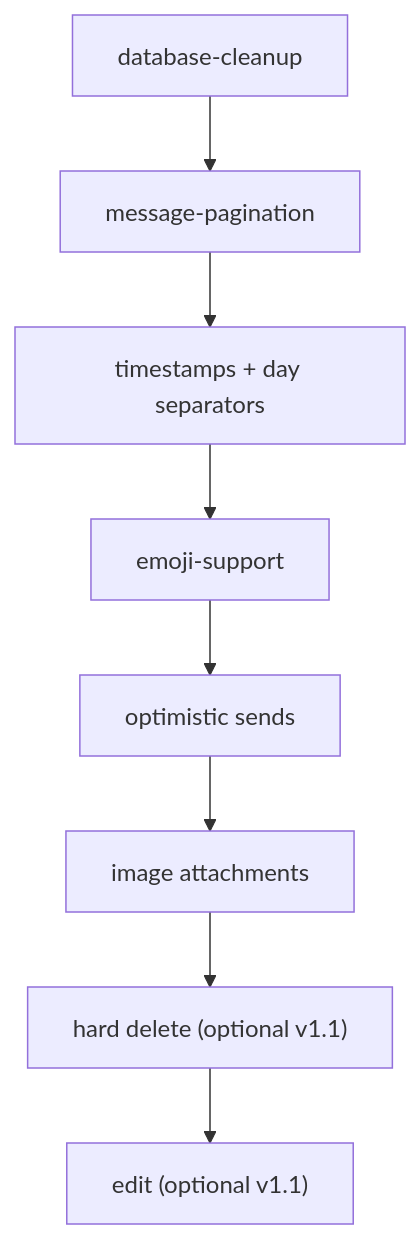
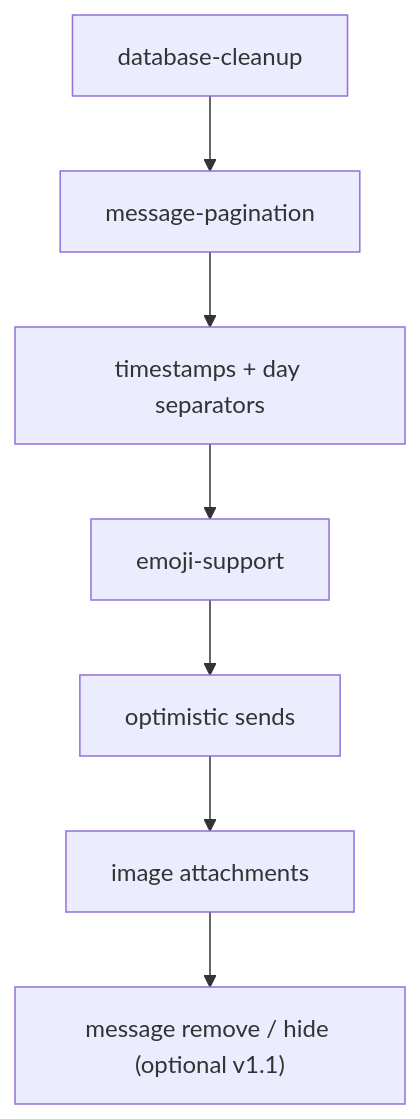
One commit to mustafafoisol/CallingApp changed the diagram in architecture/plans/phase1/README.md. Above: the diagram before and after it, drawn with Mermaid. The commit also changed other lines of this file and 7 other files, not shown here.

Commit message:
docs(plans): soft message remove, move edit/forward to phase 3

````diff
--- a/architecture/plans/phase1/README.md
+++ b/architecture/plans/phase1/README.md
@@ -27,10 +29,9 @@
 ```mermaid
 flowchart TD
   A[database-cleanup] --> B[message-pagination]
   B --> C[timestamps + day separators]
   C --> D[emoji-support]
   D --> E[optimistic sends]
   E --> F[image attachments]
-  F --> G["hard delete (optional v1.1)"]
-  G --> H["edit (optional v1.1)"]
+  F --> G["message remove / hide (optional v1.1)"]
 ```
````
